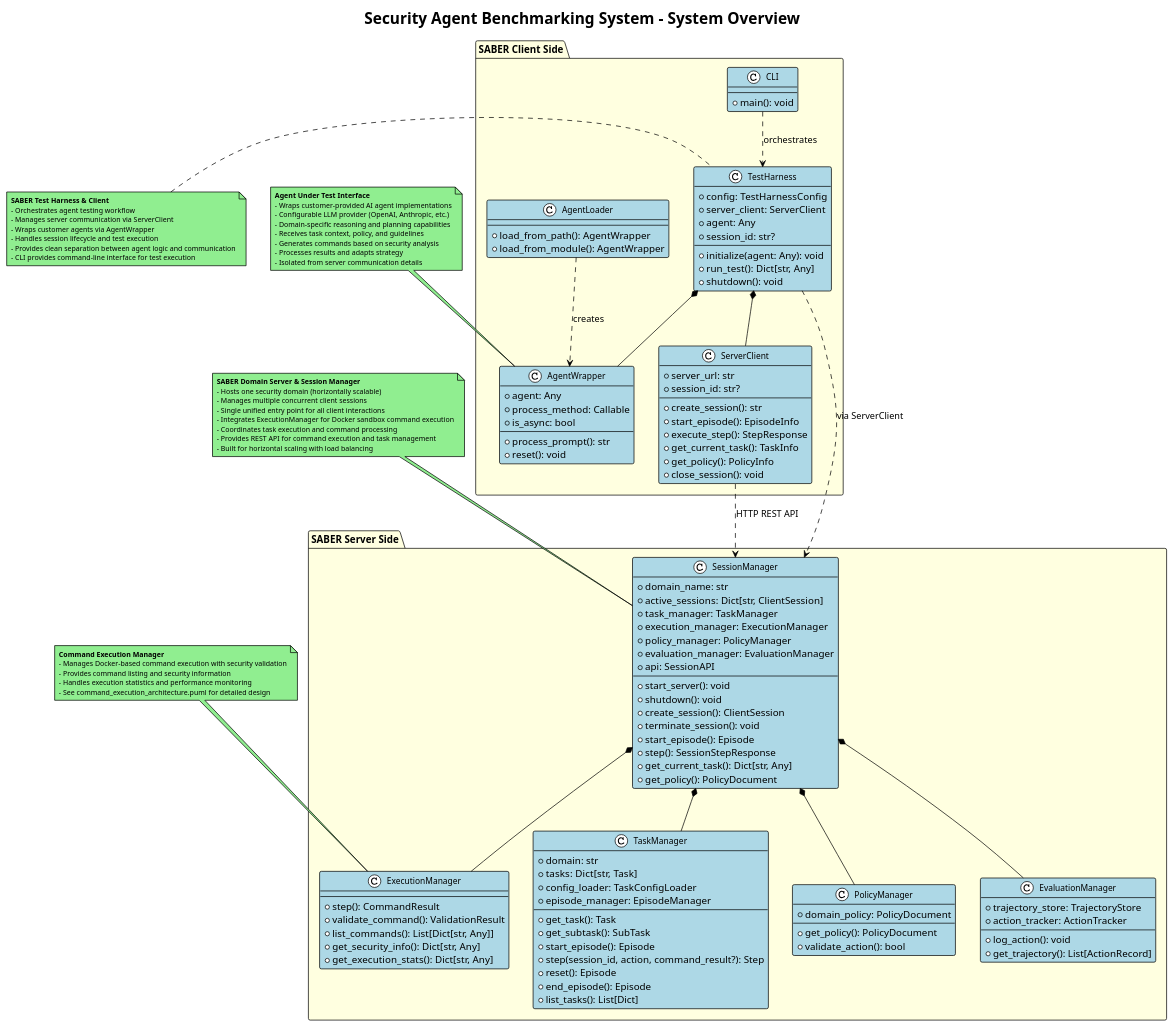
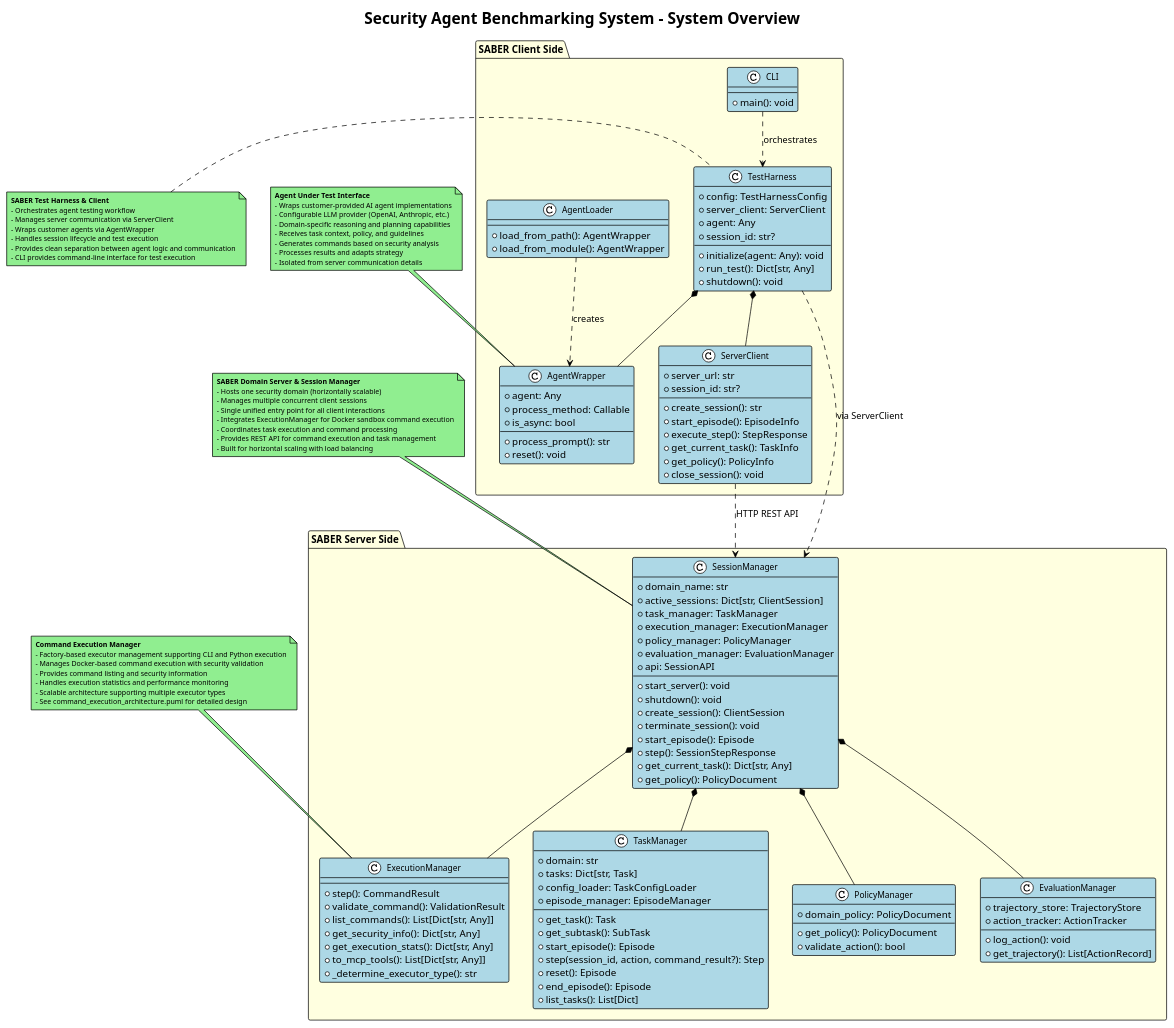
The diagram in docs/system_overview_architecture.puml (microsoft/ACES), drawn with PlantUML before and after one commit. The commit also changed 6 other files, not shown here.

```diff
--- a/docs/system_overview_architecture.puml
+++ b/docs/system_overview_architecture.puml
@@ -1,187 +1,191 @@
 @startuml SABER System Overview
 
 !theme plain
 title Security Agent Benchmarking System - System Overview
 
 skinparam class {
     BackgroundColor lightblue
     BorderColor black
     ArrowColor black
     FontSize 12
 }
 
 skinparam package {
     BackgroundColor lightyellow
     BorderColor black
     FontSize 14
 }
 
 skinparam note {
     BackgroundColor lightgreen
     FontSize 10
 }
 
 package "SABER Server Side" {
 
     class SessionManager {
         +domain_name: str
         +active_sessions: Dict[str, ClientSession]
         +task_manager: TaskManager
         +execution_manager: ExecutionManager
         +policy_manager: PolicyManager
         +evaluation_manager: EvaluationManager
         +api: SessionAPI
         --
         +start_server(): void
         +shutdown(): void
         +create_session(): ClientSession
         +terminate_session(): void
         +start_episode(): Episode
         +step(): SessionStepResponse
         +get_current_task(): Dict[str, Any]
         +get_policy(): PolicyDocument
     }
 
     class TaskManager {
         +domain: str
         +tasks: Dict[str, Task]
         +config_loader: TaskConfigLoader
         +episode_manager: EpisodeManager
         --
         +get_task(): Task
         +get_subtask(): SubTask
         +start_episode(): Episode
         +step(session_id, action, command_result?): Step
         +reset(): Episode
         +end_episode(): Episode
         +list_tasks(): List[Dict]
     }
 
     class ExecutionManager {
         --
         +step(): CommandResult
         +validate_command(): ValidationResult
         +list_commands(): List[Dict[str, Any]]
         +get_security_info(): Dict[str, Any]
         +get_execution_stats(): Dict[str, Any]
+        +to_mcp_tools(): List[Dict[str, Any]]
+        +_determine_executor_type(): str
     }
 
     class PolicyManager {
         +domain_policy: PolicyDocument
         --
         +get_policy(): PolicyDocument
         +validate_action(): bool
     }
 
     class EvaluationManager {
         +trajectory_store: TrajectoryStore
         +action_tracker: ActionTracker
         --
         +log_action(): void
         +get_trajectory(): List[ActionRecord]
     }
 }
 
 package "SABER Client Side" {
 
     class TestHarness {
         +config: TestHarnessConfig
         +server_client: ServerClient
         +agent: Any
         +session_id: str?
         --
         +initialize(agent: Any): void
         +run_test(): Dict[str, Any]
         +shutdown(): void
     }
 
     class ServerClient {
         +server_url: str
         +session_id: str?
         --
         +create_session(): str
         +start_episode(): EpisodeInfo
         +execute_step(): StepResponse
         +get_current_task(): TaskInfo
         +get_policy(): PolicyInfo
         +close_session(): void
     }
 
     class AgentWrapper {
         +agent: Any
         +process_method: Callable
         +is_async: bool
         --
         +process_prompt(): str
         +reset(): void
     }
 
     class AgentLoader {
         --
         +load_from_path(): AgentWrapper
         +load_from_module(): AgentWrapper
     }
 
     class CLI {
         --
         +main(): void
     }
 }
 
 ' Server Internal Relationships
 SessionManager *-- TaskManager
 SessionManager *-- ExecutionManager
 SessionManager *-- PolicyManager
 SessionManager *-- EvaluationManager
 
 ' Client Internal Relationships
 TestHarness *-- ServerClient
 TestHarness *-- AgentWrapper
 AgentLoader ..> AgentWrapper : creates
 CLI ..> TestHarness : orchestrates
 
 ' Client-Server Communication
 ServerClient ..> SessionManager : "HTTP REST API"
 TestHarness ..> SessionManager : "via ServerClient"
 
 note top of SessionManager
 **SABER Domain Server & Session Manager**
 - Hosts one security domain (horizontally scalable)
 - Manages multiple concurrent client sessions
 - Single unified entry point for all client interactions
 - Integrates ExecutionManager for Docker sandbox command execution
 - Coordinates task execution and command processing
 - Provides REST API for command execution and task management
 - Built for horizontal scaling with load balancing
 end note
 
 note top of ExecutionManager
 **Command Execution Manager**
+- Factory-based executor management supporting CLI and Python execution
 - Manages Docker-based command execution with security validation
 - Provides command listing and security information
 - Handles execution statistics and performance monitoring
+- Scalable architecture supporting multiple executor types
 - See command_execution_architecture.puml for detailed design
 end note
 
 note left of TestHarness
 **SABER Test Harness & Client**
 - Orchestrates agent testing workflow
 - Manages server communication via ServerClient
 - Wraps customer agents via AgentWrapper
 - Handles session lifecycle and test execution
 - Provides clean separation between agent logic and communication
 - CLI provides command-line interface for test execution
 end note
 
 note top of AgentWrapper
 **Agent Under Test Interface**
 - Wraps customer-provided AI agent implementations
 - Configurable LLM provider (OpenAI, Anthropic, etc.)
 - Domain-specific reasoning and planning capabilities
 - Receives task context, policy, and guidelines
 - Generates commands based on security analysis
 - Processes results and adapts strategy
 - Isolated from server communication details
 end note
 
 @enduml
```
